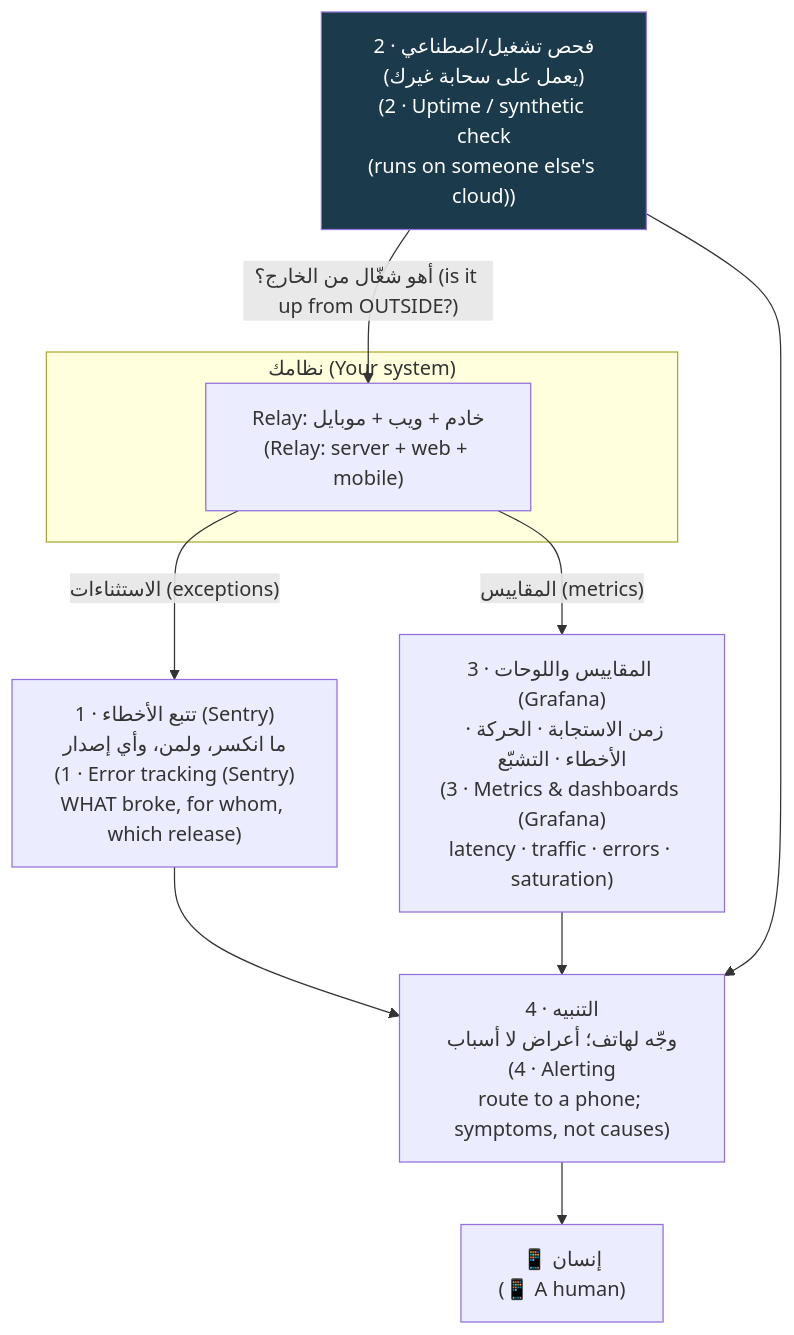
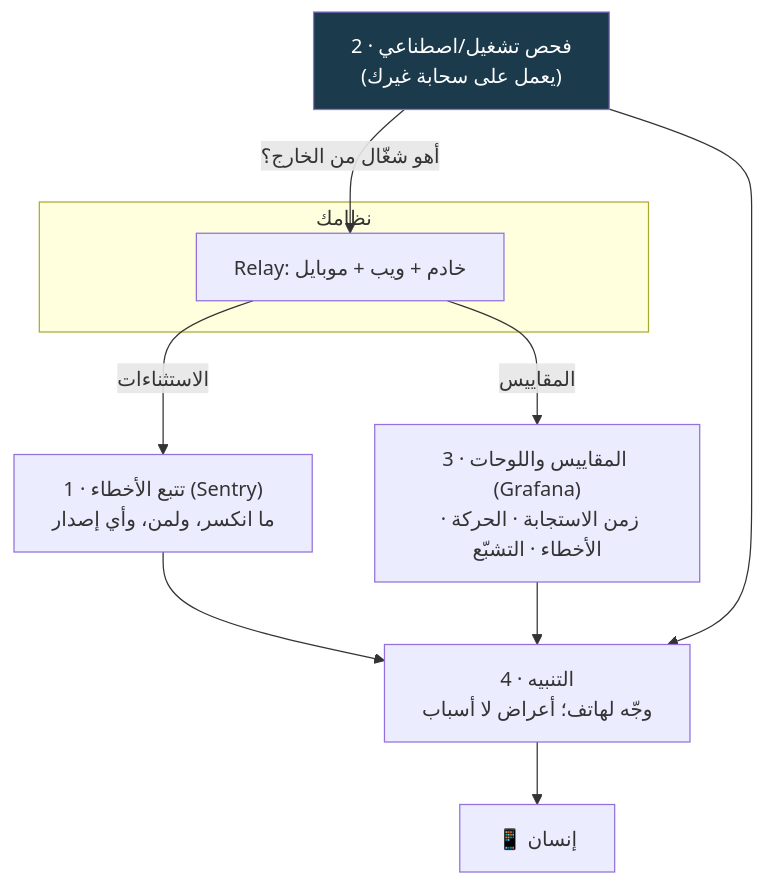
The sixth of 6 diagrams in modules/07-observability/module.ar.md (Tamoura/system-design-for-vibe-coders), drawn with Mermaid before and after one commit. The commit also changed other lines of this file and 551 other files, not shown here.

````diff
--- a/modules/07-observability/module.ar.md
+++ b/modules/07-observability/module.ar.md
@@ -723,14 +723,14 @@
 ```mermaid
 flowchart TD
-    subgraph app["نظامك (Your system)"]
-        A["Relay: خادم + ويب + موبايل<br/>(Relay: server + web + mobile)"]
+    subgraph app["نظامك"]
+        A["Relay: خادم + ويب + موبايل"]
     end
-    A -->|"الاستثناءات (exceptions)"| S["1 · تتبع الأخطاء (Sentry)<br/>ما انكسر، ولمن، وأي إصدار<br/>(1 · Error tracking (Sentry)<br/>WHAT broke, for whom, which release)"]
-    A -->|"المقاييس (metrics)"| M["3 · المقاييس واللوحات (Grafana)<br/>زمن الاستجابة · الحركة · الأخطاء · التشبّع<br/>(3 · Metrics & dashboards (Grafana)<br/>latency · traffic · errors · saturation)"]
-    EXT["2 · فحص تشغيل/اصطناعي<br/>(يعمل على سحابة غيرك)<br/>(2 · Uptime / synthetic check<br/>(runs on someone else's cloud))"] -->|"أهو شغّال من الخارج؟ (is it up from OUTSIDE?)"| A
-    S --> AL["4 · التنبيه<br/>وجّه لهاتف؛ أعراض لا أسباب<br/>(4 · Alerting<br/>route to a phone#59; symptoms, not causes)"]
+    A -->|"الاستثناءات"| S["1 · تتبع الأخطاء (Sentry)<br/>ما انكسر، ولمن، وأي إصدار"]
+    A -->|"المقاييس"| M["3 · المقاييس واللوحات (Grafana)<br/>زمن الاستجابة · الحركة · الأخطاء · التشبّع"]
+    EXT["2 · فحص تشغيل/اصطناعي<br/>(يعمل على سحابة غيرك)"] -->|"أهو شغّال من الخارج؟"| A
+    S --> AL["4 · التنبيه<br/>وجّه لهاتف؛ أعراض لا أسباب"]
     M --> AL
     EXT --> AL
-    AL --> PH["📱 إنسان<br/>(📱 A human)"]
+    AL --> PH["📱 إنسان"]
     style EXT fill:#1b3a4b,color:#fff
 ```
````
